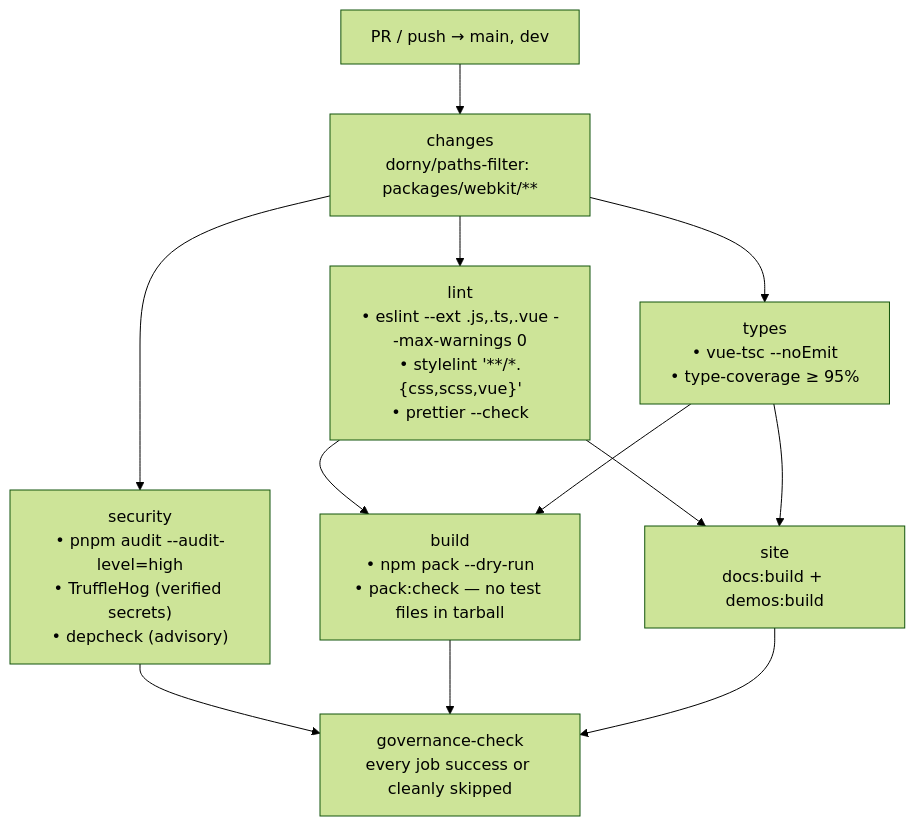
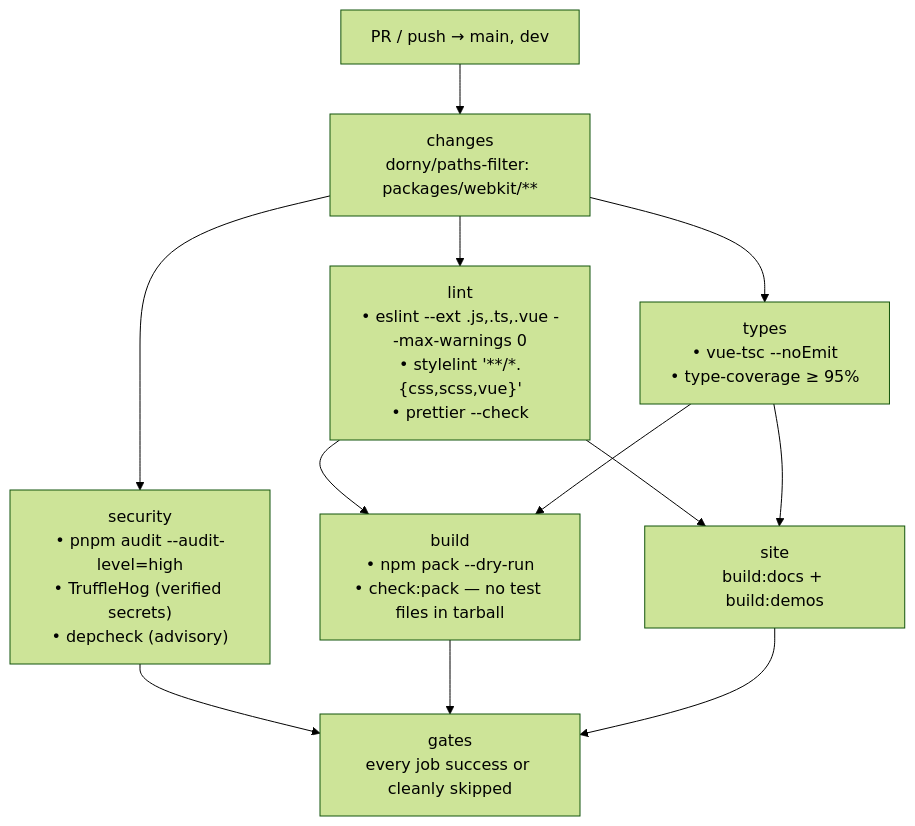
The fourth of 4 diagrams in .claude/docs/OVERVIEW_LINT.md (aziontech/webkit), drawn with Mermaid (forest theme) before and after one commit. The commit also changed other lines of this file and 65 other files, not shown here.

````diff
--- a/.claude/docs/OVERVIEW_LINT.md
+++ b/.claude/docs/OVERVIEW_LINT.md
@@ -245,17 +245,17 @@
 ```mermaid
 flowchart TB
     T["PR / push → main, dev"] --> CH["changes<br/>dorny/paths-filter: packages/webkit/**"]
 
     CH --> LINT["lint<br/>• eslint --ext .js,.ts,.vue --max-warnings 0<br/>• stylelint '**/*.{css,scss,vue}'<br/>• prettier --check"]
     CH --> TY["types<br/>• vue-tsc --noEmit<br/>• type-coverage ≥ 95%"]
     CH --> SEC["security<br/>• pnpm audit --audit-level=high<br/>• TruffleHog (verified secrets)<br/>• depcheck (advisory)"]
 
-    LINT --> B["build<br/>• npm pack --dry-run<br/>• pack:check — no test files in tarball"]
+    LINT --> B["build<br/>• npm pack --dry-run<br/>• check:pack — no test files in tarball"]
     TY --> B
-    LINT --> SB["site<br/>docs:build + demos:build"]
+    LINT --> SB["site<br/>build:docs + build:demos"]
     TY --> SB
 
-    SEC --> GATE["governance-check<br/>every job success or cleanly skipped"]
+    SEC --> GATE["gates<br/>every job success or cleanly skipped"]
     B --> GATE
     SB --> GATE
 ```
````
